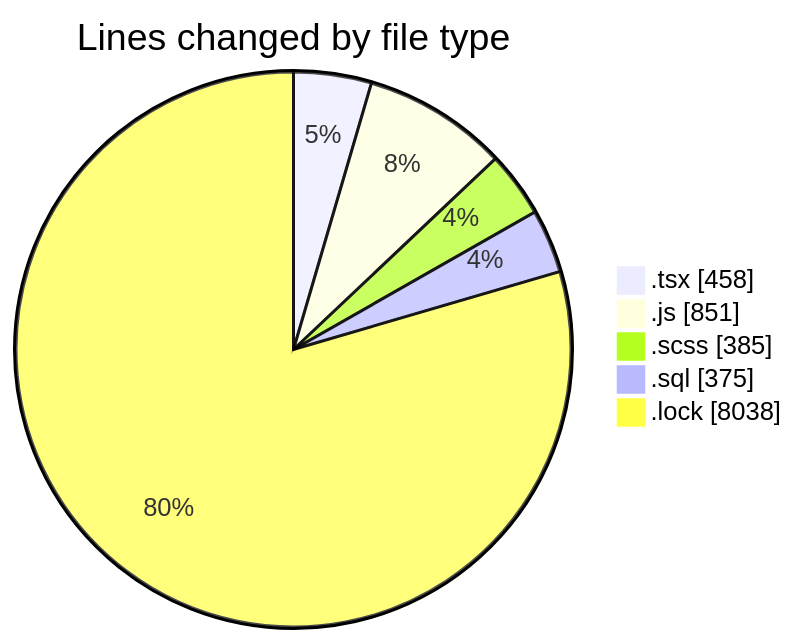
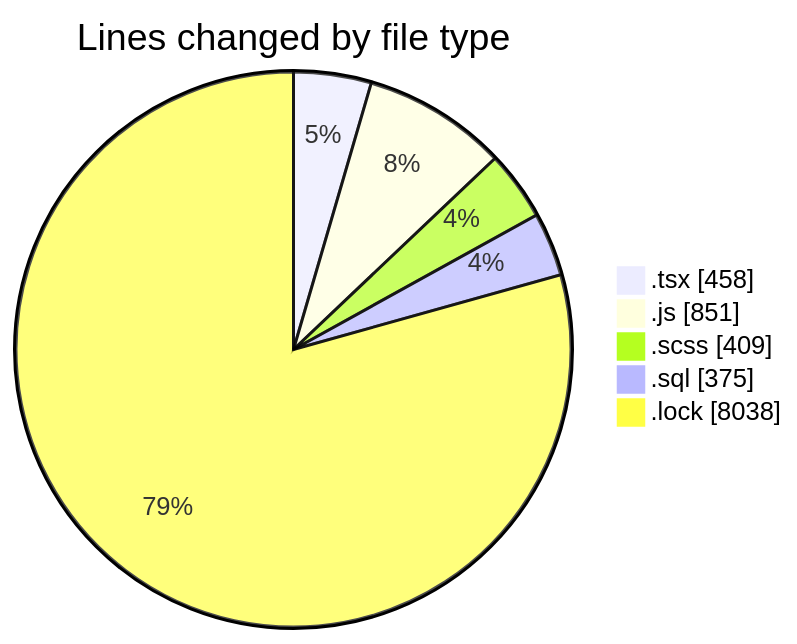
Before and after one commit to momahboobian/code-tracking: the first of 2 diagrams in 2025-03-18/cda/README.md, drawn with Mermaid. The commit also changed other lines of this file and 1 other file, not shown here.

````diff
--- a/2025-03-18/cda/README.md
+++ b/2025-03-18/cda/README.md
@@ -30,9 +30,9 @@
 ```mermaid
 pie showData
 title Lines changed by file type
 ".tsx" : 458
 ".js" : 851
-".scss" : 385
+".scss" : 409
 ".sql" : 375
 ".lock" : 8038
 ```
````
